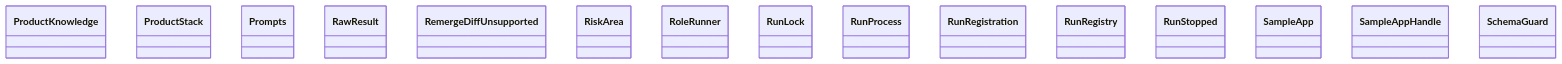
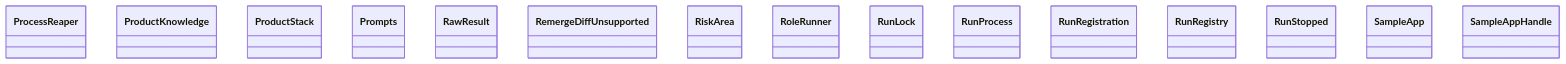
Before and after one commit to GonzaloZevallos/agentic-system: the diagram in docs/architecture/generated/classes-process-application-support-5.md, drawn with Mermaid. The commit also changed other lines of this file and 23 other files, not shown here.

````diff
--- a/docs/architecture/generated/classes-process-application-support-5.md
+++ b/docs/architecture/generated/classes-process-application-support-5.md
@@ -20,18 +20,18 @@
 ```mermaid
 classDiagram
+    class ports__ProcessReaper["ProcessReaper"]
     class ports__ProductKnowledge["ProductKnowledge"]
     class ports__ProductStack["ProductStack"]
     class ports__Prompts["Prompts"]
     class ports__RawResult["RawResult"]
     class ports__RemergeDiffUnsupported["RemergeDiffUnsupported"]
     class ports__RiskArea["RiskArea"]
     class ports__RoleRunner["RoleRunner"]
     class ports__RunLock["RunLock"]
     class ports__RunProcess["RunProcess"]
     class ports__RunRegistration["RunRegistration"]
     class ports__RunRegistry["RunRegistry"]
     class ports__RunStopped["RunStopped"]
     class ports__SampleApp["SampleApp"]
     class ports__SampleAppHandle["SampleAppHandle"]
-    class ports__SchemaGuard["SchemaGuard"]
 ```
````
